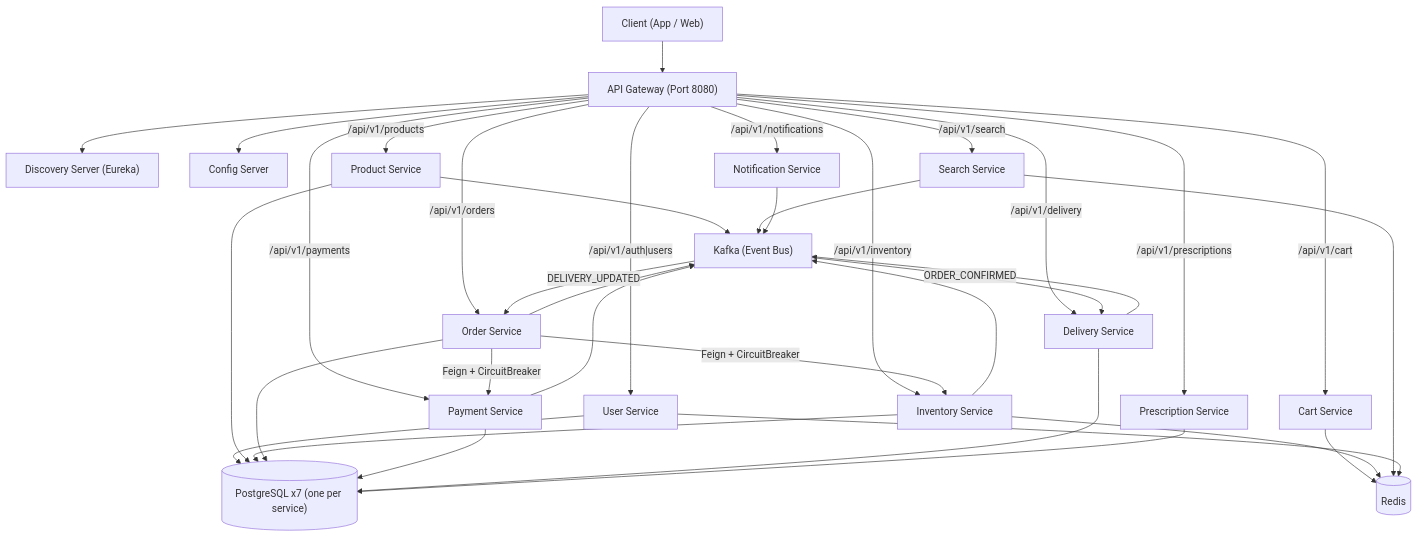
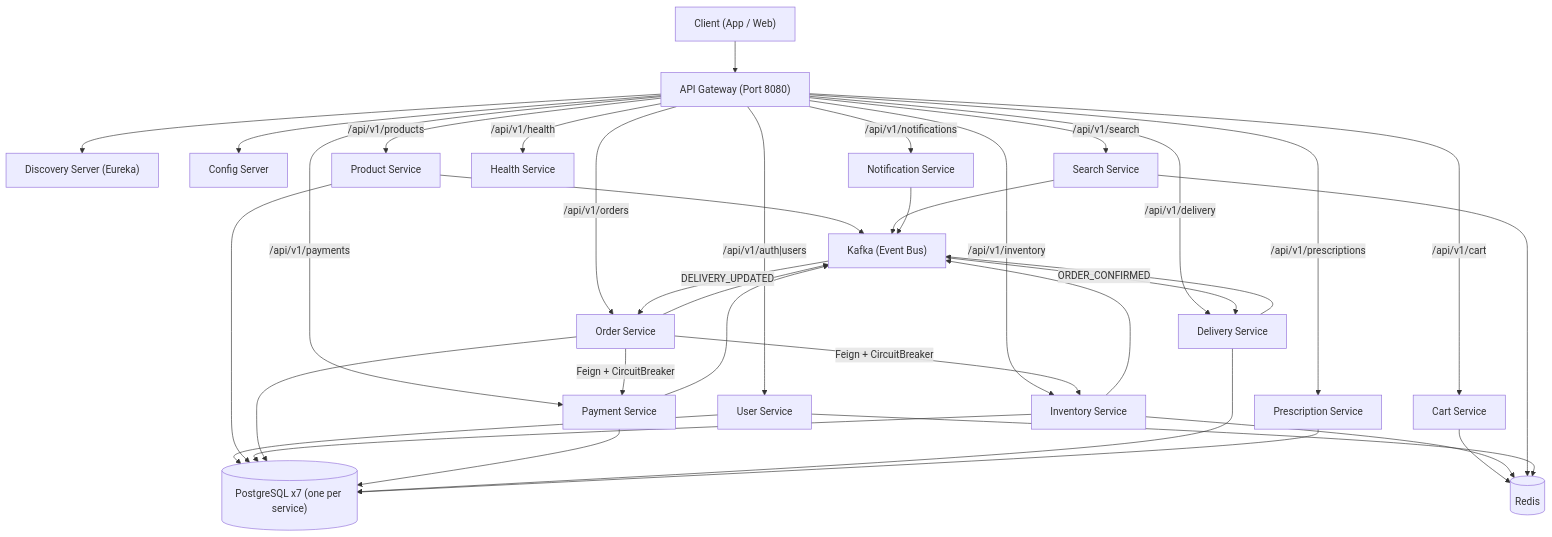
The first of 3 diagrams in README.md (code-rana-arijit/Medikit), drawn with Mermaid before and after one commit. The commit also changed other lines of this file and 23 other files, not shown here.

Commit message:
feat(phase8a): AI health intelligence - drug interaction checker service Co-authored-by: monkeycode-ai <monkeycode-ai@chaitin.com>

````diff
--- a/README.md
+++ b/README.md
@@ -74,40 +75,41 @@
 ```mermaid
 graph TD
     A["Client (App / Web)"] --> G["API Gateway (Port 8080)"]
     G --> D["Discovery Server (Eureka)"]
     G --> C["Config Server"]
     G -->|"/api/v1/auth|users"| US["User Service"]
     G -->|"/api/v1/products"| PS["Product Service"]
     G -->|"/api/v1/search"| SS["Search Service"]
+    G -->|"/api/v1/health"| HS["Health Service"]
     G -->|"/api/v1/inventory"| IS["Inventory Service"]
     G -->|"/api/v1/cart"| CS["Cart Service"]
     G -->|"/api/v1/orders"| OS["Order Service"]
     G -->|"/api/v1/payments"| PayS["Payment Service"]
     G -->|"/api/v1/delivery"| DelS["Delivery Service"]
     G -->|"/api/v1/prescriptions"| PreS["Prescription Service"]
     G -->|"/api/v1/notifications"| NS["Notification Service"]
 
     OS -->|"Feign + CircuitBreaker"| IS
     OS -->|"Feign + CircuitBreaker"| PayS
     IS --> PubSub["Kafka (Event Bus)"]
     OS --> PubSub
     PayS --> PubSub
     DelS --> PubSub
     PS --> PubSub
     SS --> PubSub
     NS --> PubSub
     PubSub -->|"ORDER_CONFIRMED"| DelS
     PubSub -->|"DELIVERY_UPDATED"| OS
 
     US --> PG1[("PostgreSQL x7 (one per service)")]
     PS --> PG1
     IS --> PG1
     OS --> PG1
     PayS --> PG1
     DelS --> PG1
     PreS --> PG1
     CS --> R[("Redis")]
     IS --> R
     SS --> R
     US --> R
 ```
````
